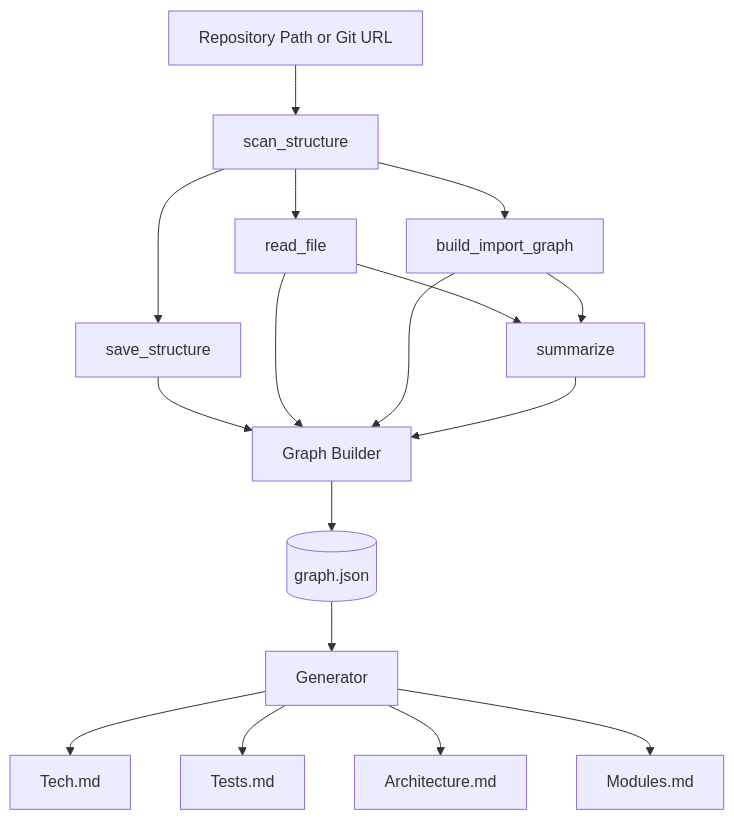
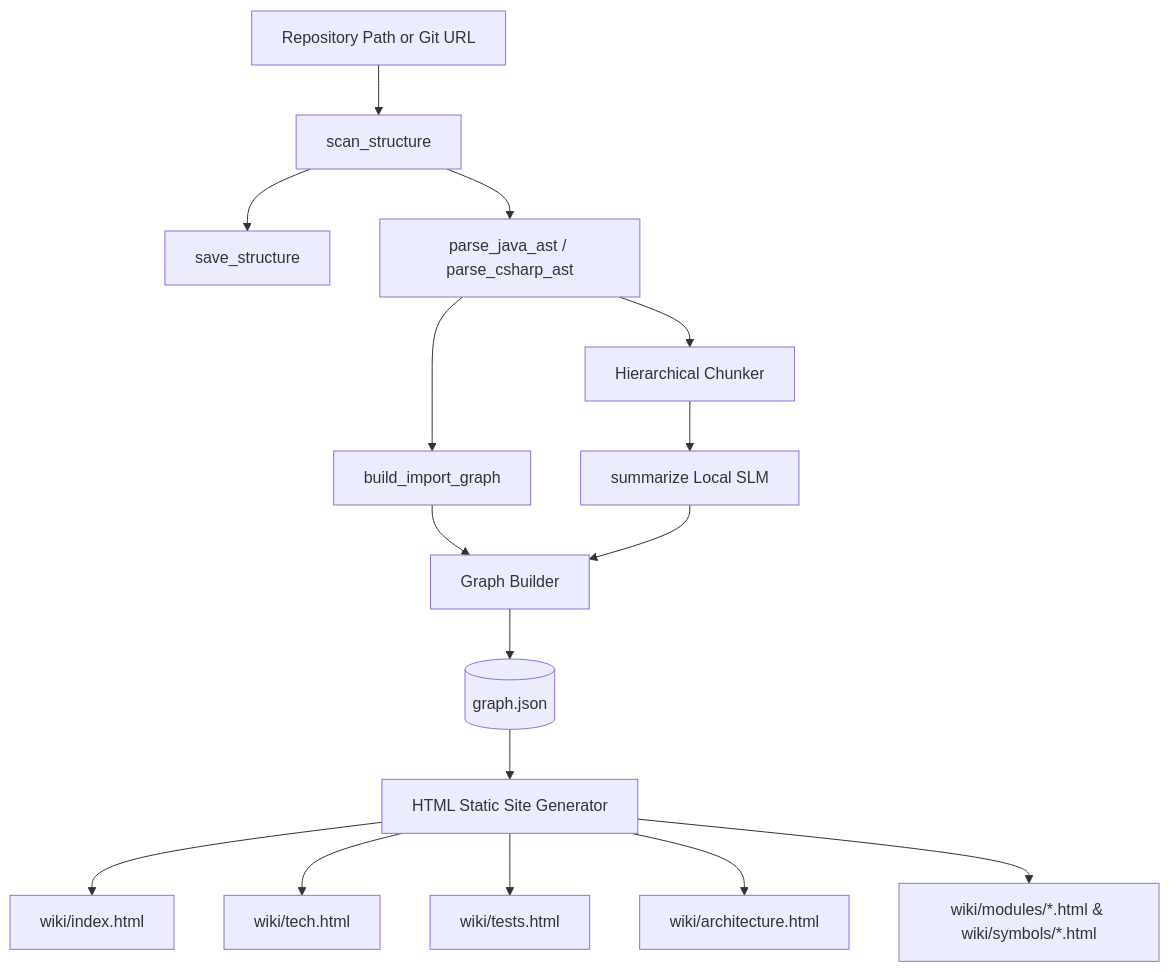
Before and after one commit to DarkKing335/Wiki-Generation: the diagram in docs/system-overview.md, drawn with Mermaid. The commit also changed other lines of this file and 12 other files, not shown here.

````diff
--- a/docs/system-overview.md
+++ b/docs/system-overview.md
@@ -78,19 +70,18 @@
 ```mermaid
 graph TD
     A[Repository Path or Git URL] --> B[scan_structure]
     B --> C[save_structure]
-    B --> D[read_file]
-    B --> E[build_import_graph]
-    D --> F[summarize]
-    E --> F
-    C --> G[Graph Builder]
-    D --> G
-    E --> G
-    F --> G
-    G --> H[(graph.json)]
-    H --> I[Generator]
-    I --> J[Tech.md]
-    I --> K[Tests.md]
-    I --> L[Architecture.md]
-    I --> M[Modules.md]
+    B --> D[parse_java_ast / parse_csharp_ast]
+    D --> E[build_import_graph]
+    D --> F[Hierarchical Chunker]
+    F --> G[summarize Local SLM]
+    E --> H[Graph Builder]
+    G --> H
+    H --> I[(graph.json)]
+    I --> J[HTML Static Site Generator]
+    J --> K[wiki/index.html]
+    J --> L[wiki/tech.html]
+    J --> M[wiki/tests.html]
+    J --> N[wiki/architecture.html]
+    J --> O[wiki/modules/*.html & wiki/symbols/*.html]
 ```
````
